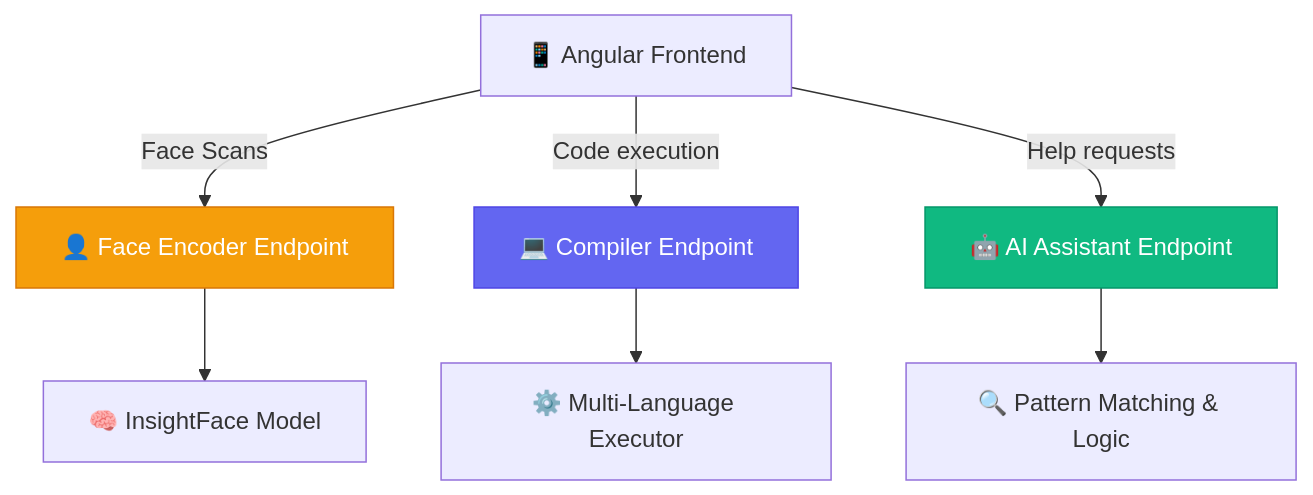
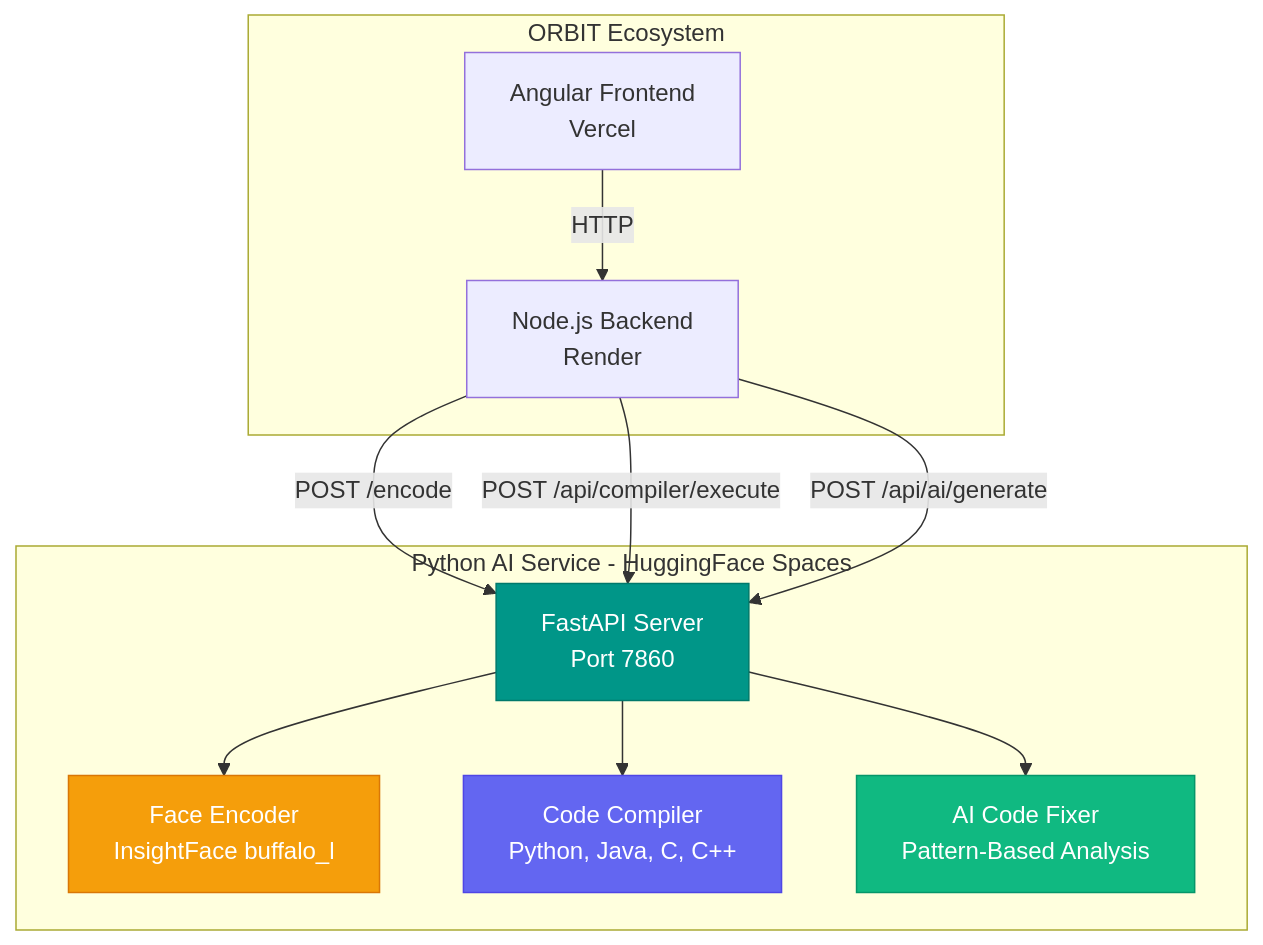
Before and after one commit to Srikarsanka/pythonfacerecgroinzationorbit: the diagram in README.md, drawn with Mermaid. The commit also changed other lines of this file and 1 other file, not shown here.

Commit message:
Update docs and Dockerfile for Hugging Face Spaces

````diff
--- a/README.md
+++ b/README.md
@@ -78,14 +48,28 @@
 ```mermaid
 graph TD
-    Client[📱 Angular Frontend] -->|Face Scans| Enc[👤 Face Encoder Endpoint]
-    Client -->|Code execution| Comp[💻 Compiler Endpoint]
-    Client -->|Help requests| AI[🤖 AI Assistant Endpoint]
-    
-    Enc --> InsightFace[🧠 InsightFace Model]
-    Comp --> Exec[⚙️ Multi-Language Executor]
-    AI --> Logic[🔍 Pattern Matching & Logic]
-    
-    style Enc fill:#f59e0b,color:#fff,stroke:#d97706
-    style Comp fill:#6366f1,color:#fff,stroke:#4f46e5
-    style AI fill:#10b981,color:#fff,stroke:#059669
+    subgraph ORBIT Ecosystem
+        FE["Angular Frontend<br/>Vercel"]
+        BE["Node.js Backend<br/>Render"]
+    end
+
+    subgraph Python AI Service - HuggingFace Spaces
+        FastAPI["FastAPI Server<br/>Port 7860"]
+        Face["Face Encoder<br/>InsightFace buffalo_l"]
+        Compiler["Code Compiler<br/>Python, Java, C, C++"]
+        AIFix["AI Code Fixer<br/>Pattern-Based Analysis"]
+    end
+
+    FE -->|HTTP| BE
+    BE -->|POST /encode| FastAPI
+    BE -->|POST /api/compiler/execute| FastAPI
+    BE -->|POST /api/ai/generate| FastAPI
+
+    FastAPI --> Face
+    FastAPI --> Compiler
+    FastAPI --> AIFix
+
+    style FastAPI fill:#009688,color:#fff,stroke:#00796b
+    style Face fill:#f59e0b,color:#fff,stroke:#d97706
+    style Compiler fill:#6366f1,color:#fff,stroke:#4f46e5
+    style AIFix fill:#10b981,color:#fff,stroke:#059669
 ```
````
